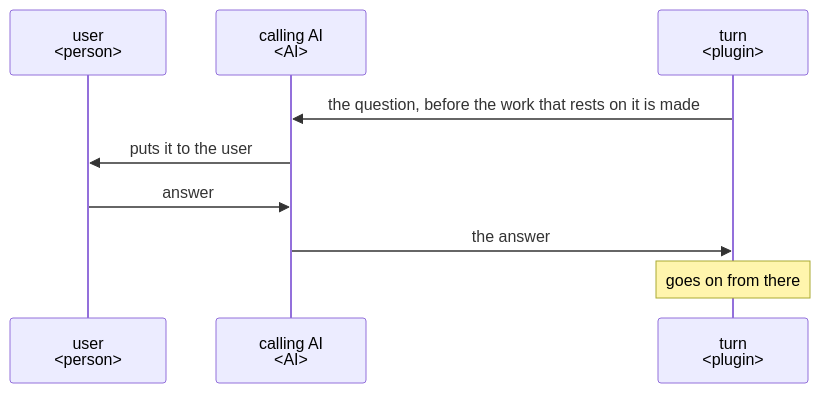
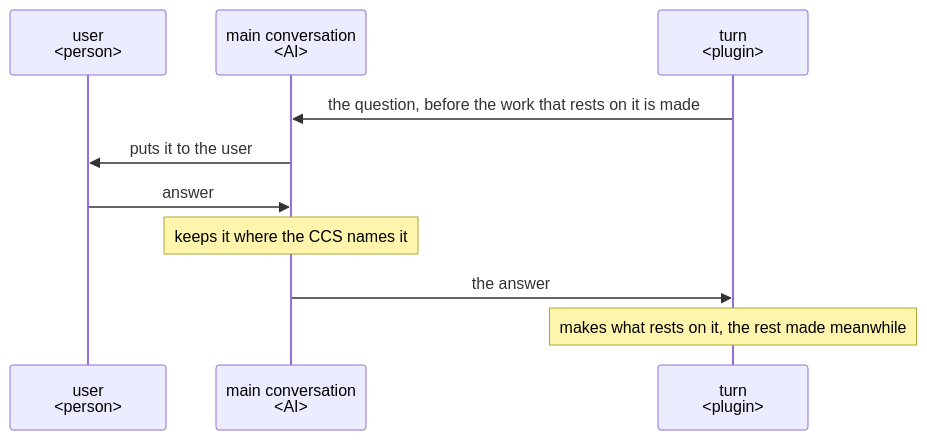
Before and after one commit to lovaizu/ccpm: the third of 4 diagrams in dev/turn/ux.md, drawn with Mermaid. The commit also changed other lines of this file and 2 other files, not shown here.

First line of the commit message:
state: T39 under way, turn's UX and logical view made to the turn agreed in audit-purpose.md 4; its architecture, docs, prompts and scripts next

````diff
--- a/dev/turn/ux.md
+++ b/dev/turn/ux.md
@@ -79,11 +80,12 @@
 ```mermaid
 sequenceDiagram
   participant U as user<br/>#lt;person#gt;
-  participant C as calling AI<br/>#lt;AI#gt;
+  participant M as main conversation<br/>#lt;AI#gt;
   participant T as turn<br/>#lt;plugin#gt;
-  T->>C: the question, before the work that rests on it is made
-  C->>U: puts it to the user
-  U->>C: answer
-  C->>T: the answer
-  Note over T: goes on from there
+  T->>M: the question, before the work that rests on it is made
+  M->>U: puts it to the user
+  U->>M: answer
+  Note over M: keeps it where the CCS names it
+  M->>T: the answer
+  Note over T: makes what rests on it, the rest made meanwhile
 ```
````
